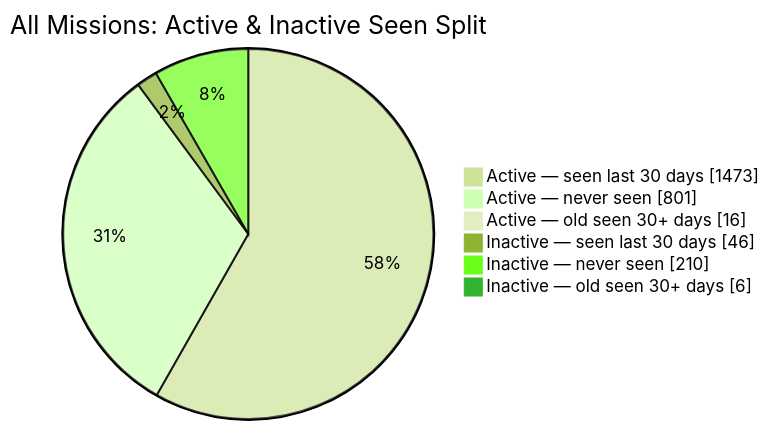
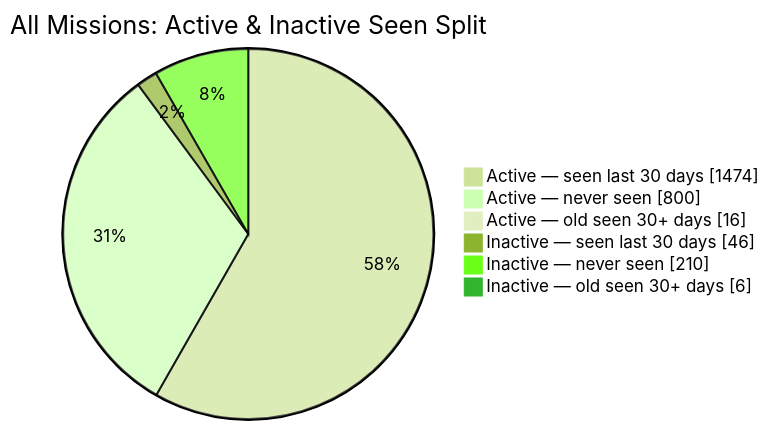
Before and after one commit to MeldkamerspelGameTeam/active-missions: the second of 2 diagrams in README.md, drawn with Mermaid (forest theme). The commit also changed other lines of this file and 3 other files, not shown here.

````diff
--- a/README.md
+++ b/README.md
@@ -44,10 +44,10 @@
 ```mermaid
 pie showData
     title All Missions: Active & Inactive Seen Split
-    "Active — seen last 30 days" : 1473
-    "Active — never seen" : 801
+    "Active — seen last 30 days" : 1474
+    "Active — never seen" : 800
     "Active — old seen 30+ days" : 16
     "Inactive — seen last 30 days" : 46
     "Inactive — never seen" : 210
     "Inactive — old seen 30+ days" : 6
 ```
````
